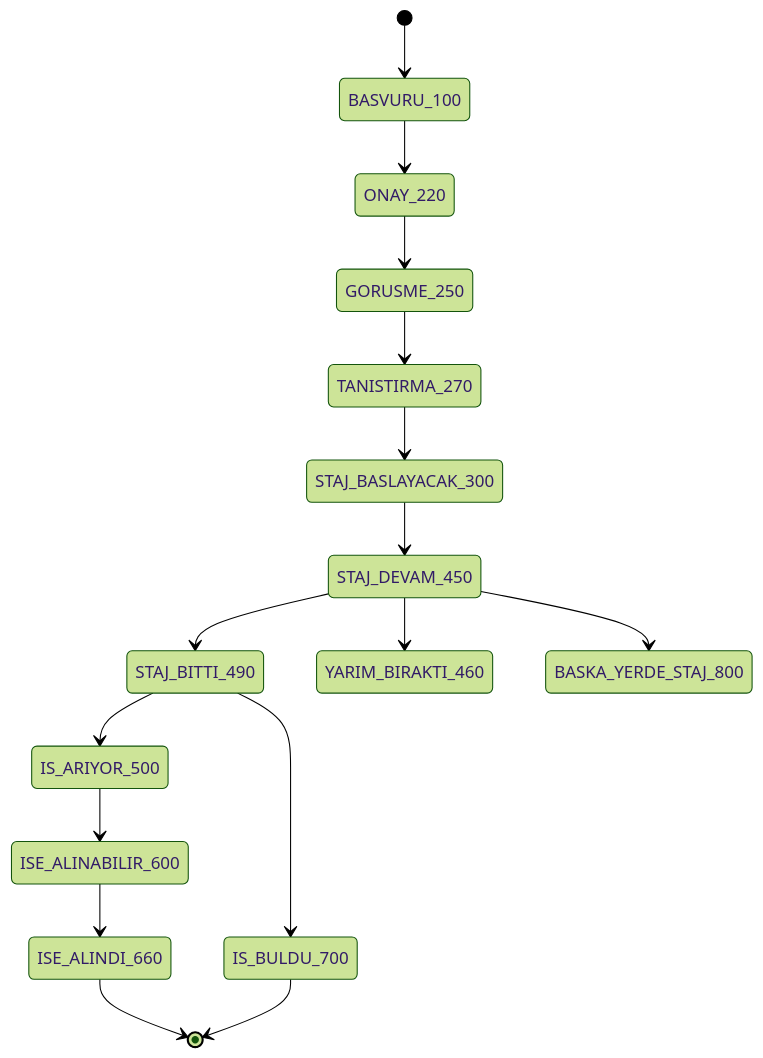
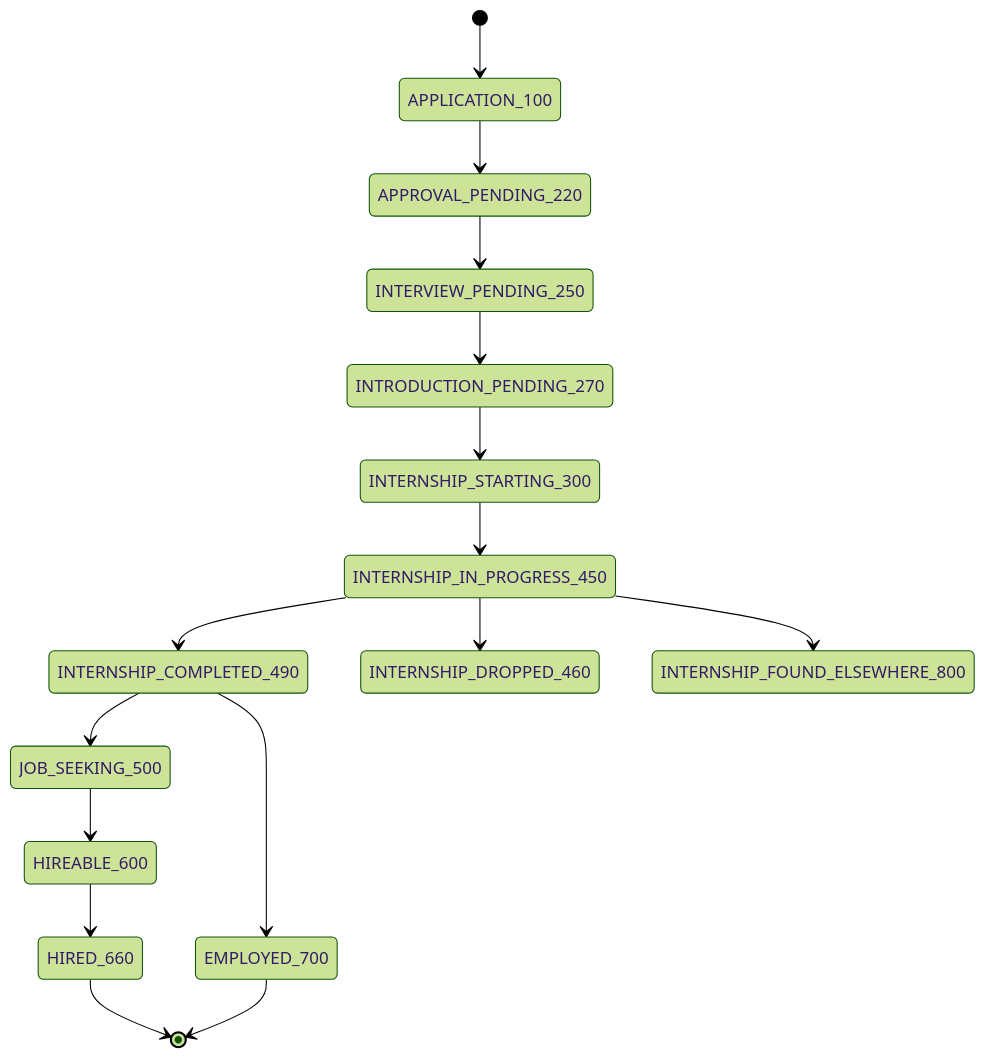
The second of 2 diagrams in README.md (mersahin/Internship), drawn with Mermaid (forest theme) before and after one commit. The commit also changed other lines of this file and 1 other file, not shown here.

Commit message:
docs: onboarding guide for new devs + fix README pipeline enum drift (#4)
- Add ONBOARDING.md: clone → local MySQL (Docker) → env → db push/seed →
  run, plus a guided code tour, the pipeline concept, tests, and our PR
  workflow. Aimed at getting a new teammate productive in ~30 min.
- README: the pipeline state diagram and feature line still used the old
  Turkish enum names (BASVURU_100…IS_BULDU_700); the enum is now English
  (APPLICATION_100…EMPLOYED_700). Updated to match the schema.

Closes #4

````diff
--- a/README.md
+++ b/README.md
@@ -36,18 +36,18 @@
 ```mermaid
 stateDiagram-v2
-  [*] --> BASVURU_100
-  BASVURU_100 --> ONAY_220
-  ONAY_220 --> GORUSME_250
-  GORUSME_250 --> TANISTIRMA_270
-  TANISTIRMA_270 --> STAJ_BASLAYACAK_300
-  STAJ_BASLAYACAK_300 --> STAJ_DEVAM_450
-  STAJ_DEVAM_450 --> STAJ_BITTI_490
-  STAJ_DEVAM_450 --> YARIM_BIRAKTI_460
-  STAJ_DEVAM_450 --> BASKA_YERDE_STAJ_800
-  STAJ_BITTI_490 --> IS_ARIYOR_500
-  IS_ARIYOR_500 --> ISE_ALINABILIR_600
-  ISE_ALINABILIR_600 --> ISE_ALINDI_660
-  STAJ_BITTI_490 --> IS_BULDU_700
-  ISE_ALINDI_660 --> [*]
-  IS_BULDU_700 --> [*]
+  [*] --> APPLICATION_100
+  APPLICATION_100 --> APPROVAL_PENDING_220
+  APPROVAL_PENDING_220 --> INTERVIEW_PENDING_250
+  INTERVIEW_PENDING_250 --> INTRODUCTION_PENDING_270
+  INTRODUCTION_PENDING_270 --> INTERNSHIP_STARTING_300
+  INTERNSHIP_STARTING_300 --> INTERNSHIP_IN_PROGRESS_450
+  INTERNSHIP_IN_PROGRESS_450 --> INTERNSHIP_COMPLETED_490
+  INTERNSHIP_IN_PROGRESS_450 --> INTERNSHIP_DROPPED_460
+  INTERNSHIP_IN_PROGRESS_450 --> INTERNSHIP_FOUND_ELSEWHERE_800
+  INTERNSHIP_COMPLETED_490 --> JOB_SEEKING_500
+  JOB_SEEKING_500 --> HIREABLE_600
+  HIREABLE_600 --> HIRED_660
+  INTERNSHIP_COMPLETED_490 --> EMPLOYED_700
+  HIRED_660 --> [*]
+  EMPLOYED_700 --> [*]
 ```
````
